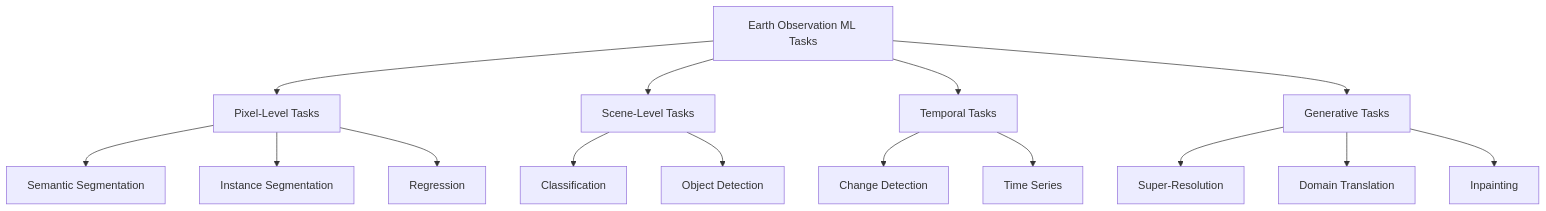
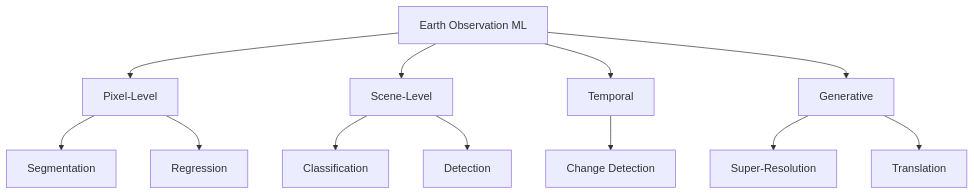
Before and after one commit to Bejeee11/ununennium: the diagram in docs/research/remote-sensing-task-taxonomy.md, drawn with Mermaid. The commit also changed other lines of this file and 34 other files, not shown here.

Commit message:
feat: Add comprehensive documentation for research, API, tutorials, guides, and architecture, and update the README.

````diff
--- a/docs/research/remote-sensing-task-taxonomy.md
+++ b/docs/research/remote-sensing-task-taxonomy.md
@@ -9,23 +9,20 @@
 ```mermaid
 graph TB
-    EO[Earth Observation ML Tasks]
+    EO[Earth Observation ML]
     
-    EO --> PIX[Pixel-Level Tasks]
-    EO --> SCENE[Scene-Level Tasks]
-    EO --> TEMP[Temporal Tasks]
-    EO --> GEN[Generative Tasks]
+    EO --> PIX[Pixel-Level]
+    EO --> SCENE[Scene-Level]
+    EO --> TEMP[Temporal]
+    EO --> GEN[Generative]
     
-    PIX --> SEG[Semantic Segmentation]
-    PIX --> INST[Instance Segmentation]
+    PIX --> SEG[Segmentation]
     PIX --> REG[Regression]
     
     SCENE --> CLS[Classification]
-    SCENE --> DET[Object Detection]
+    SCENE --> DET[Detection]
     
     TEMP --> CD[Change Detection]
-    TEMP --> TS[Time Series]
     
     GEN --> SR[Super-Resolution]
-    GEN --> TRANS[Domain Translation]
-    GEN --> INP[Inpainting]
+    GEN --> TRANS[Translation]
 ```
````
